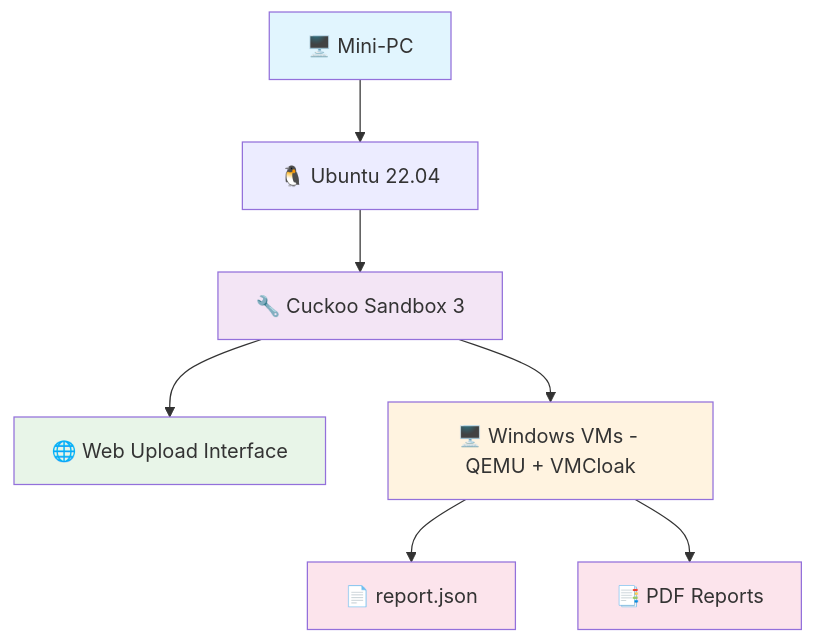
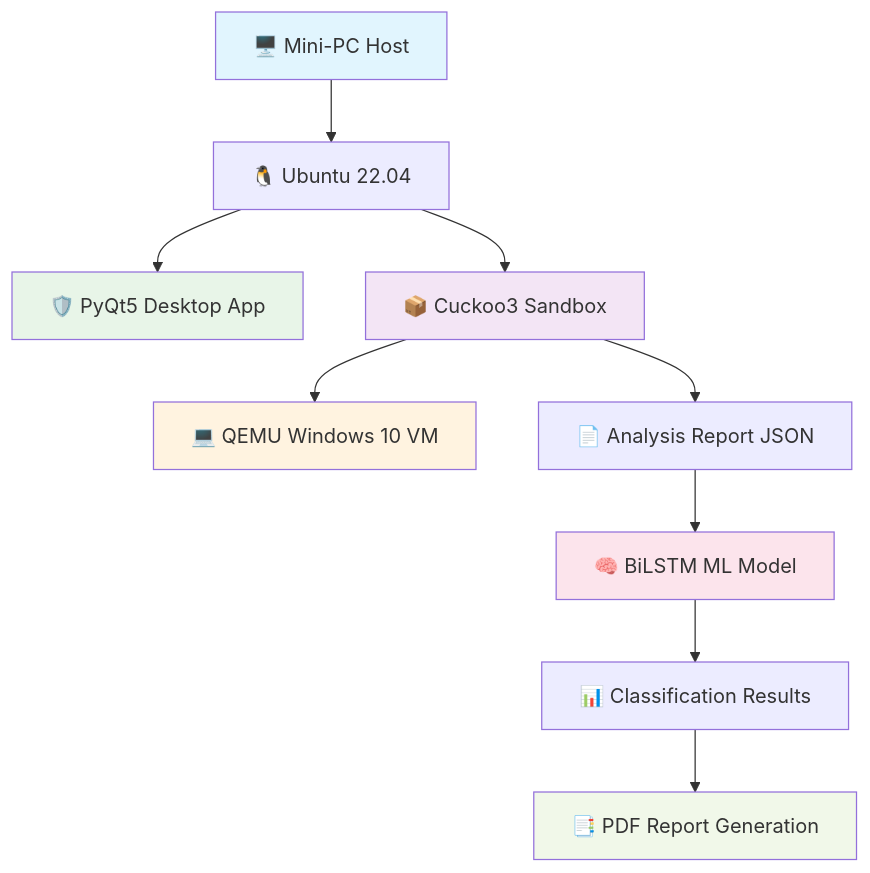
The diagram in README.md (Trimulia02/AirMalSys), drawn with Mermaid before and after one commit. The commit also changed other lines of this file, not shown here.

````diff
--- a/README.md
+++ b/README.md
@@ -129,16 +240,18 @@
 ```mermaid
 graph TB
-    A[🖥️ Mini-PC] --> B[🐧 Ubuntu 22.04]
-    B --> C[🔧 Cuckoo Sandbox 3]
-    C --> D[🌐 Web Upload Interface]
-    C --> E[🖥️ Windows VMs - QEMU + VMCloak]
-    E --> F[📄 report.json]
-    E --> G[📑 PDF Reports]
+    A[🖥️ Mini-PC Host] --> B[🐧 Ubuntu 22.04]
+    B --> C[🛡️ PyQt5 Desktop App]
+    B --> D[📦 Cuckoo3 Sandbox]
+    D --> E[💻 QEMU Windows 10 VM]
+    D --> F[📄 Analysis Report JSON]
+    F --> G[🧠 BiLSTM ML Model]
+    G --> H[📊 Classification Results]
+    H --> I[📑 PDF Report Generation]
     
     style A fill:#e1f5fe
-    style C fill:#f3e5f5
-    style D fill:#e8f5e8
+    style C fill:#e8f5e8
+    style D fill:#f3e5f5
     style E fill:#fff3e0
-    style F fill:#fce4ec
     style G fill:#fce4ec
+    style I fill:#f1f8e9
 ```
````
